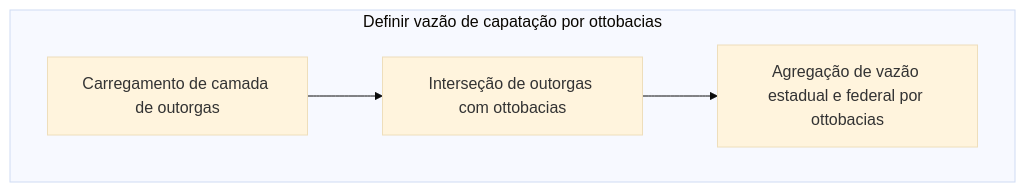
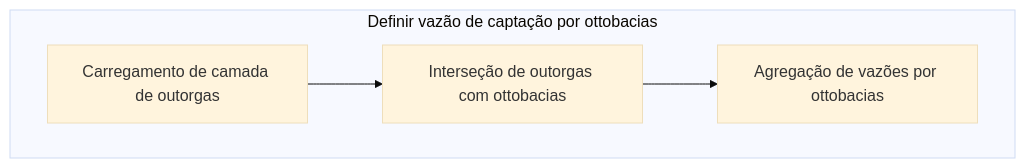
Before and after one commit to brunoguterres/ParaibaHidroGIS: the fourth of 6 diagrams in pyqgis/documentacao.md, drawn with Mermaid (base theme).

Commit message:
correção e atualização de documentação

````diff
--- a/pyqgis/documentacao.md
+++ b/pyqgis/documentacao.md
@@ -60,8 +60,8 @@
 ```mermaid
     flowchart TD
-    subgraph A[Definir vazão de capatação por ottobacias]
+    subgraph A[Definir vazão de captação por ottobacias]
         B[Carregamento de camada de outorgas]
         B --> D[Interseção de outorgas com ottobacias]
-        D --> E[Agregação de vazão estadual e federal por ottobacias]
+        D --> E[Agregação de vazões por ottobacias]
     end
 ```
````
